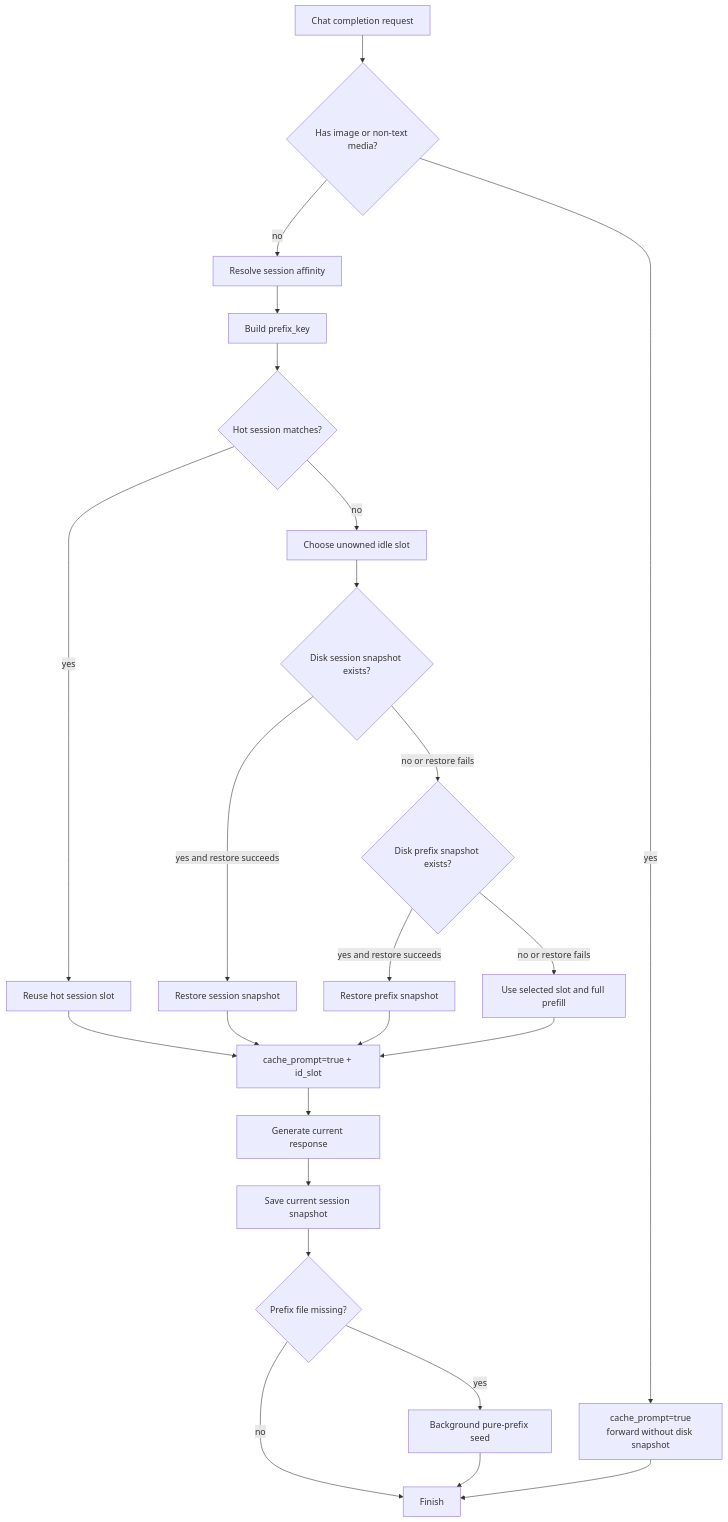
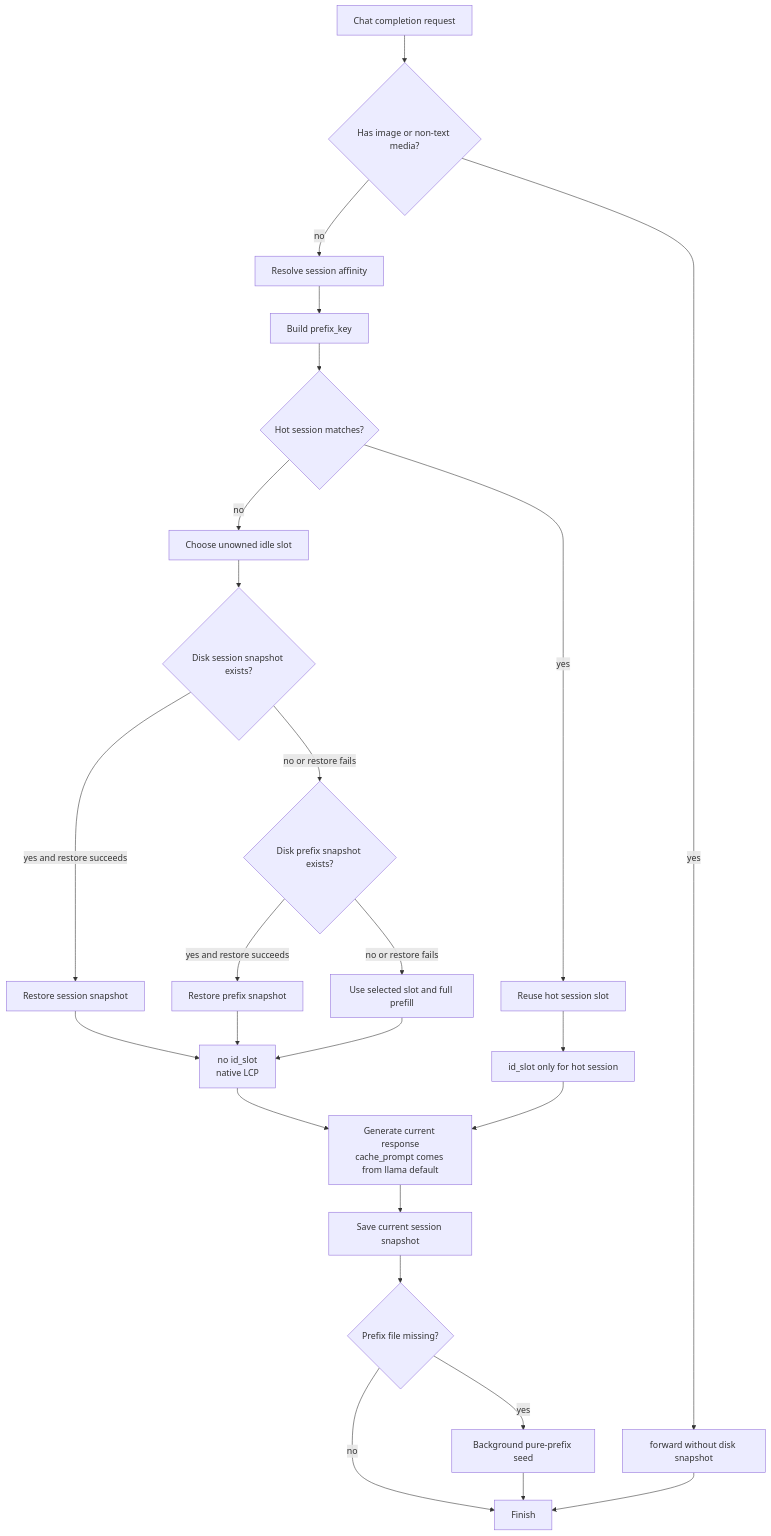
One commit to xqliu/local-llm-kv-cache changed the fourth of 8 diagrams in DESIGN.md. Above: the diagram before and after it, drawn with Mermaid. The commit also changed other lines of this file and 5 other files, not shown here.

Commit message:
fix: preserve native prompt cache across slot restore

```diff
--- a/DESIGN.md
+++ b/DESIGN.md
@@ -155,27 +159,29 @@
 ~~~mermaid
 flowchart TD
     START["Chat completion request"] --> MEDIA{"Has image or non-text media?"}
-    MEDIA -->|yes| BYPASS["cache_prompt=true<br/>forward without disk snapshot"]
+    MEDIA -->|yes| BYPASS["forward without disk snapshot"]
     MEDIA -->|no| ID["Resolve session affinity"]
     ID --> KEY["Build prefix_key"]
     KEY --> HOTS{"Hot session matches?"}
     HOTS -->|yes| HS["Reuse hot session slot"]
     HOTS -->|no| SLOT["Choose unowned idle slot"]
     SLOT --> DS{"Disk session snapshot exists?"}
     DS -->|yes and restore succeeds| DSR["Restore session snapshot"]
     DS -->|no or restore fails| DP{"Disk prefix snapshot exists?"}
     DP -->|yes and restore succeeds| DPR["Restore prefix snapshot"]
     DP -->|no or restore fails| MISS["Use selected slot and full prefill"]
 
-    HS --> SEND["cache_prompt=true + id_slot"]
-    DSR --> SEND
-    DPR --> SEND
-    MISS --> SEND
-    SEND --> RESP["Generate current response"]
+    HS --> SEND["id_slot only for hot session"]
+    DSR --> NATIVE["no id_slot<br/>native LCP"]
+    DPR --> NATIVE
+    MISS --> NATIVE
+    NATIVE --> RESP
+    SEND --> RESP
+    RESP["Generate current response<br/>cache_prompt comes from llama default"]
     RESP --> SAVE["Save current session snapshot"]
     SAVE --> SEED{"Prefix file missing?"}
     SEED -->|yes| BG["Background pure-prefix seed"]
     SEED -->|no| END["Finish"]
     BG --> END
     BYPASS --> END
 ~~~
```
